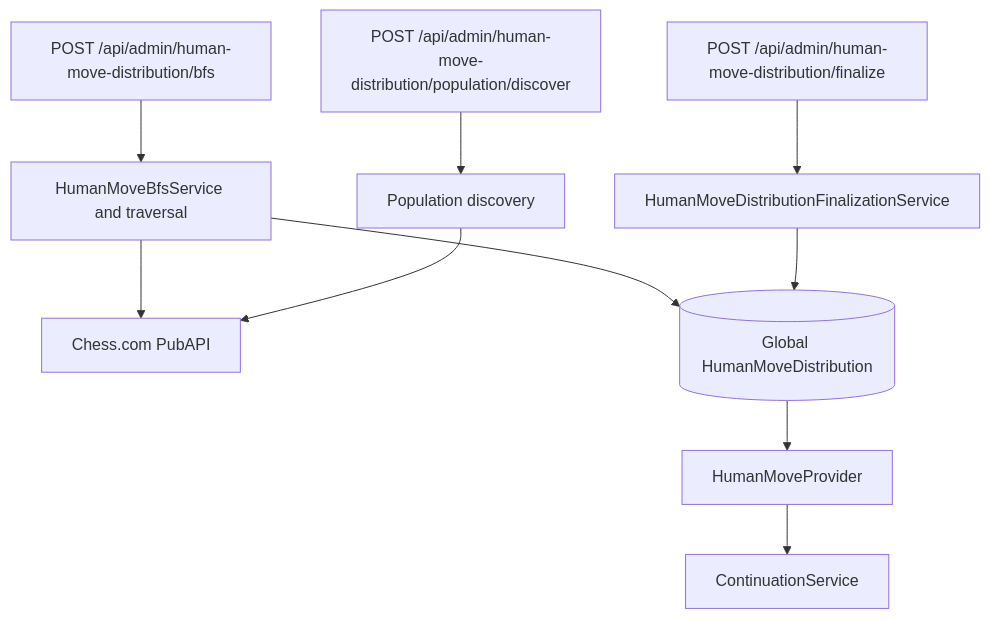
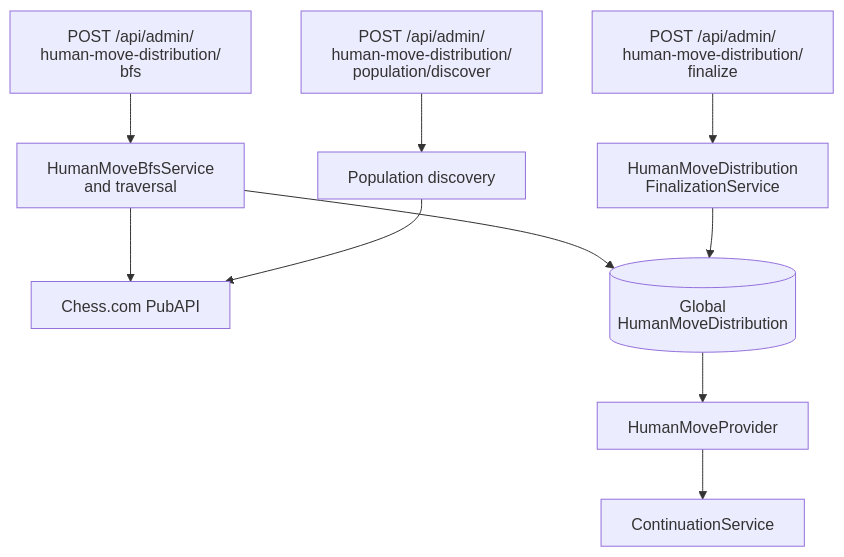
The seventh of 10 diagrams in docs/architecture/backend-architecture.md (NathanZK/ChessEcho), drawn with Mermaid before and after one commit. The commit also changed other lines of this file and 1 other file, not shown here.

First line of the commit message:
docs: fix architecture Mermaid rendering

````diff
--- a/docs/architecture/backend-architecture.md
+++ b/docs/architecture/backend-architecture.md
@@ -248,12 +254,13 @@
 ```mermaid
+%%{init: {"htmlLabels": false, "flowchart": {"htmlLabels": false}}}%%
 flowchart TB
-    BFS[POST /api/admin/human-move-distribution/bfs] --> Traverse[HumanMoveBfsService and traversal]
+    BFS["POST /api/admin/<br/>human-move-distribution/<br/>bfs"] --> Traverse["HumanMoveBfsService<br/>and traversal"]
     Traverse --> ChessCom[Chess.com PubAPI]
-    Traverse --> Global[(Global HumanMoveDistribution)]
-    Discover[POST /api/admin/human-move-distribution/population/discover] --> DiscoverService[Population discovery]
+    Traverse --> Global[("Global<br/>HumanMoveDistribution")]
+    Discover["POST /api/admin/<br/>human-move-distribution/<br/>population/discover"] --> DiscoverService[Population discovery]
     DiscoverService --> ChessCom
-    Finalize[POST /api/admin/human-move-distribution/finalize] --> Finalizer[HumanMoveDistributionFinalizationService]
+    Finalize["POST /api/admin/<br/>human-move-distribution/<br/>finalize"] --> Finalizer["HumanMoveDistribution<br/>FinalizationService"]
     Finalizer --> Global
     Global --> Provider[HumanMoveProvider]
     Provider --> Continuation[ContinuationService]
 ```
````
